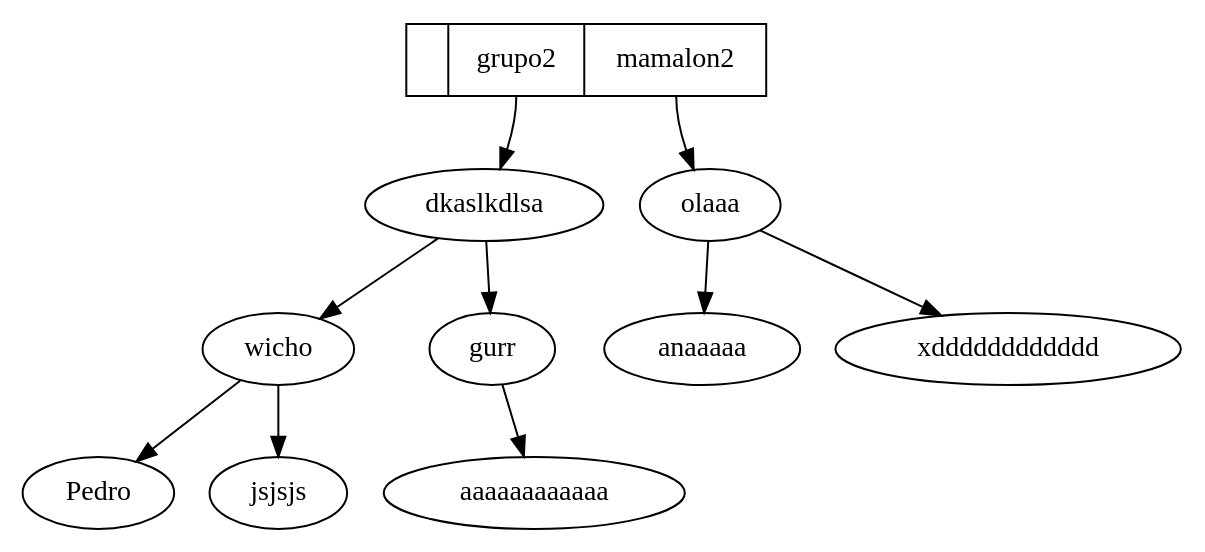
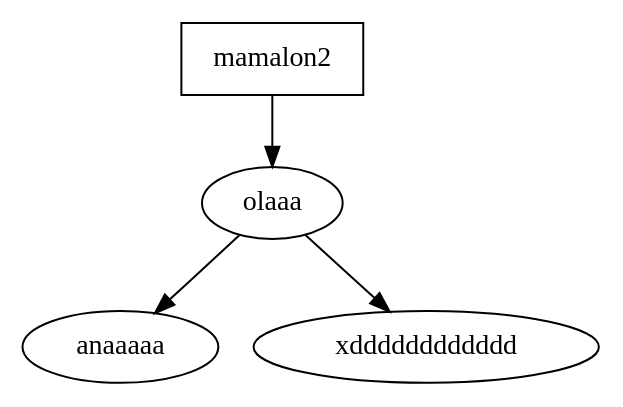
Before and after one commit to AngelSonVicente/Practica2EDD: the diagram in cmake-build-debug/grafo.dot, drawn with Graphviz. The commit also changed 80 other files, not shown here.

```diff
--- a/cmake-build-debug/grafo.dot
+++ b/cmake-build-debug/grafo.dot
@@ -1,26 +1,9 @@
-digraph PracticaEDD2 {
-  node [shape=record];
-tabla [label="|<grupo2> grupo2|<mamalon2> mamalon2"];
-
-node [shape=oval];
-N2472811925952 [label="dkaslkdlsa"];
-N2472811925952 -> N2472811925856;
-N2472811925856 [label="wicho"];
-N2472811925856 -> N2472810610256;
-N2472810610256 [label="Pedro"];
-N2472811925856 -> N2472811925904;
-N2472811925904 [label="jsjsjs"];
-N2472811925952 -> N2472811926000;
-N2472811926000 [label="gurr"];
-N2472811926000 -> N2472810607296;
-N2472810607296 [label="aaaaaaaaaaaa"];
-tabla:grupo2 -> N2472811925952;
-N2472811925648 [label="olaaa"];
-N2472811925648 -> N2472810610176;
-N2472810610176 [label="anaaaaa"];
-N2472811925648 -> N2472811925760;
-N2472811925760 [label="xdddddddddddd"];
-tabla:mamalon2 -> N2472811925648;
-
-
+digraph mamalon2 {
+raiz [label="mamalon2", shape=box];
+N94822978023104 [label="olaaa"];
+N94822978023104 -> N94822978022576;
+N94822978022576 [label="anaaaaa"];
+N94822978023104 -> N94822978020672;
+N94822978020672 [label="xdddddddddddd"];
+raiz -> N94822978023104;
 }
```
